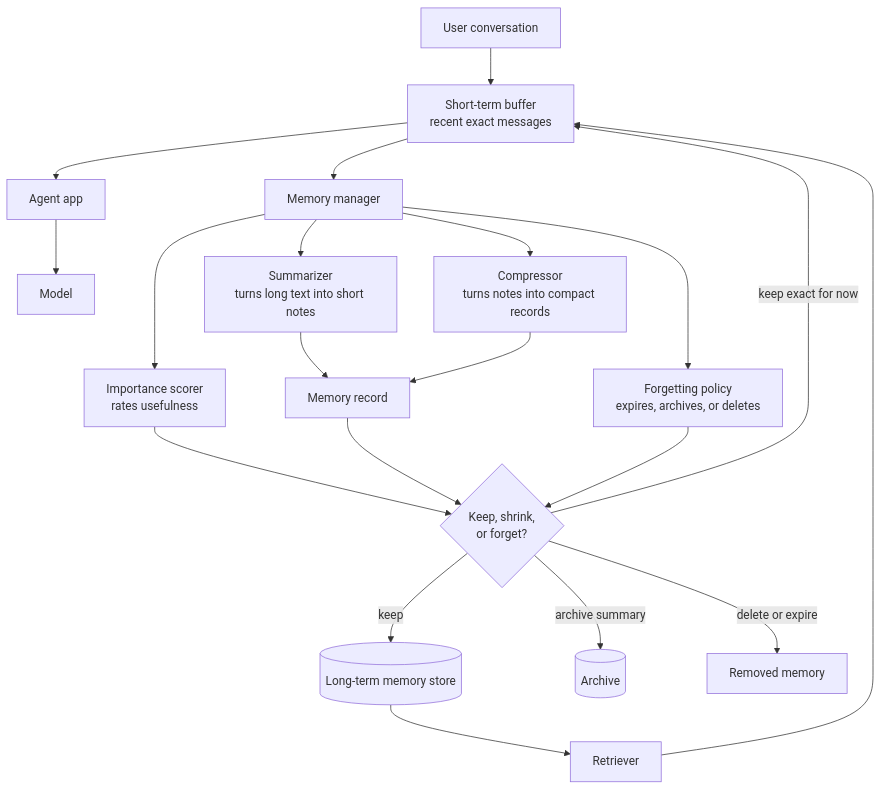
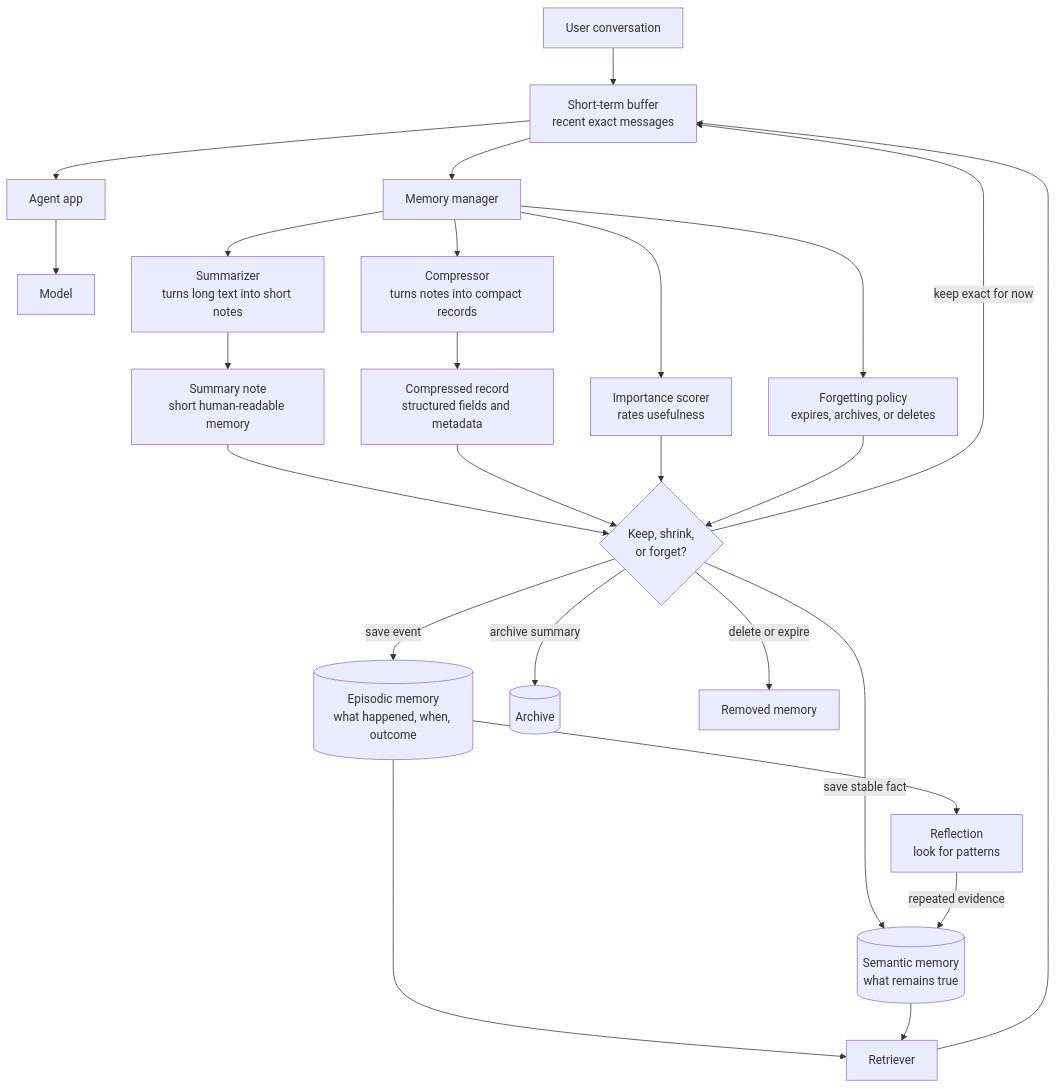
One commit to AceronX/ai-agent-roadmap changed the first of 5 diagrams in docs/stages/07-rag-and-memory/summarization-compression-forgetting/index.md. Above: the diagram before and after it, drawn with Mermaid. The commit also changed other lines of this file, not shown here.

Commit message:
Clarify episodic and semantic memory roles

````diff
--- a/docs/stages/07-rag-and-memory/summarization-compression-forgetting/index.md
+++ b/docs/stages/07-rag-and-memory/summarization-compression-forgetting/index.md
@@ -128,26 +128,31 @@
 ```mermaid
 flowchart TD
     U[User conversation] --> B[Short-term buffer<br/>recent exact messages]
     B --> A[Agent app]
     A --> M[Model]
 
     B --> MM[Memory manager]
     MM --> S[Summarizer<br/>turns long text into short notes]
     MM --> C[Compressor<br/>turns notes into compact records]
     MM --> I[Importance scorer<br/>rates usefulness]
     MM --> F[Forgetting policy<br/>expires, archives, or deletes]
 
-    S --> R[Memory record]
-    C --> R
-    I --> D{Keep, shrink,<br/>or forget?}
-    R --> D
+    S --> R[Summary note<br/>short human-readable memory]
+    C --> R2[Compressed record<br/>structured fields and metadata]
+    R --> D{Keep, shrink,<br/>or forget?}
+    R2 --> D
+    I --> D
     F --> D
 
-    D -->|keep| L[(Long-term memory store)]
+    D -->|save event| E[(Episodic memory<br/>what happened, when, outcome)]
+    D -->|save stable fact| SM[(Semantic memory<br/>what remains true)]
     D -->|keep exact for now| B
     D -->|archive summary| AR[(Archive)]
     D -->|delete or expire| X[Removed memory]
 
-    L --> RET[Retriever]
+    E --> REF[Reflection<br/>look for patterns]
+    REF -->|repeated evidence| SM
+    E --> RET[Retriever]
+    SM --> RET
     RET --> B
 ```
````
